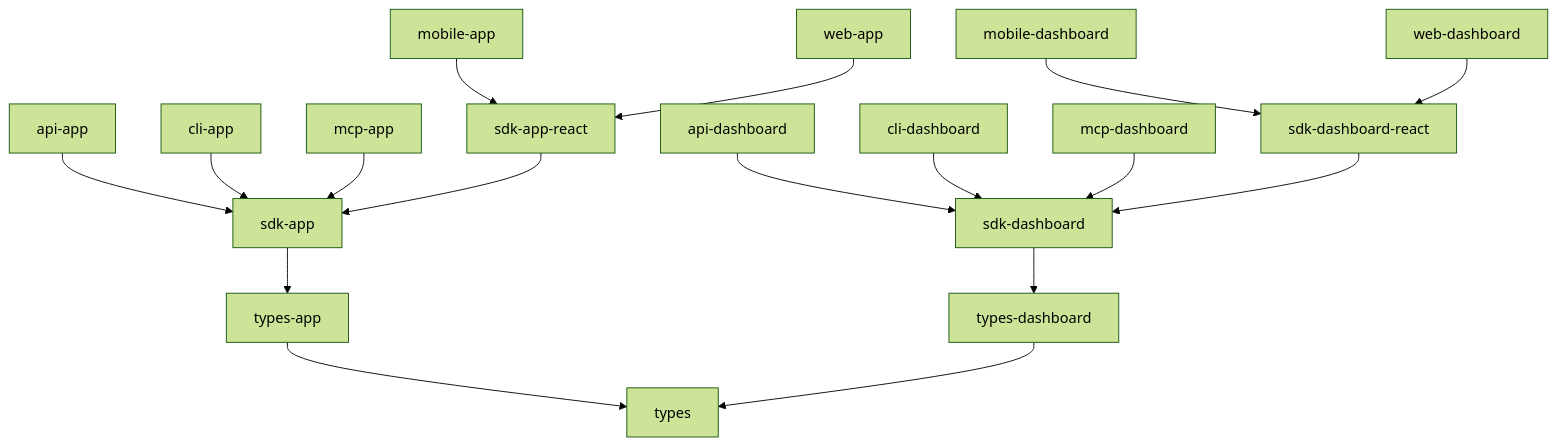
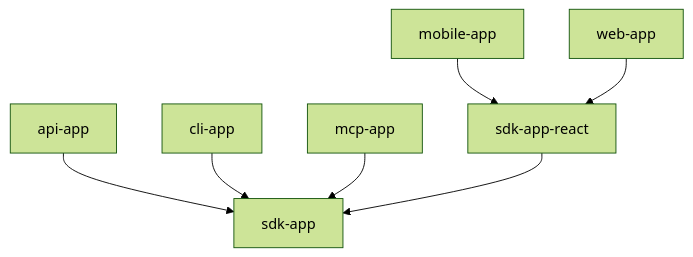
The first of 4 diagrams in README.md (sergeyshpadyrev/project-template), drawn with Mermaid (forest theme) before and after one commit. The commit also changed other lines of this file, not shown here.

````diff
--- a/README.md
+++ b/README.md
@@ -9,35 +9,18 @@
 ```mermaid
 graph TD
     api-app
-    api-dashboard
     cli-app
-    cli-dashboard
     mcp-app
-    mcp-dashboard
     mobile-app
-    mobile-dashboard
     sdk-app
     sdk-app-react
-    sdk-dashboard
-    sdk-dashboard-react
     web-app
-    web-dashboard
 
     api-app --> sdk-app
-    api-dashboard --> sdk-dashboard
     cli-app --> sdk-app
-    cli-dashboard --> sdk-dashboard
     mcp-app --> sdk-app
-    mcp-dashboard --> sdk-dashboard
     mobile-app --> sdk-app-react
-    mobile-dashboard --> sdk-dashboard-react
     web-app --> sdk-app-react
-    web-dashboard --> sdk-dashboard-react
+    sdk-app-react --> sdk-app
 
-    sdk-app --> types-app
-    sdk-dashboard --> types-dashboard
-    sdk-app-react --> sdk-app
-    sdk-dashboard-react --> sdk-dashboard
-    types-app --> types
-    types-dashboard --> types
 ```
````
